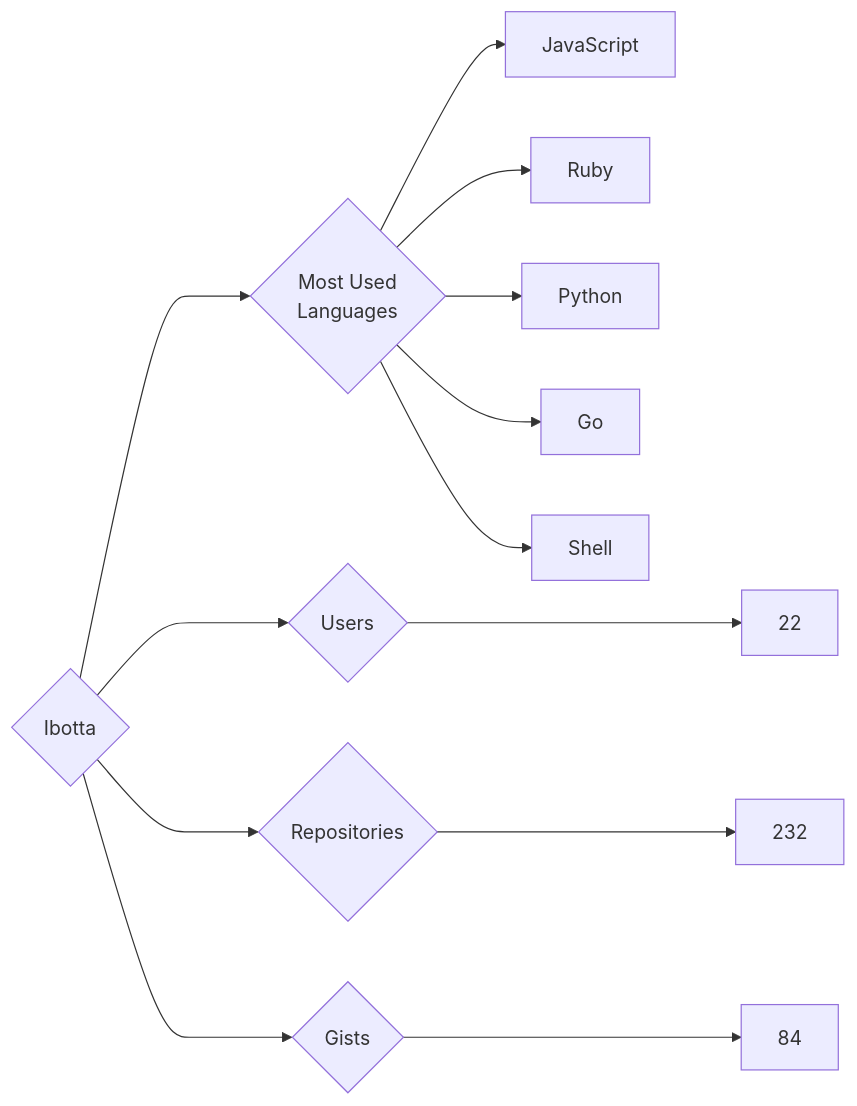
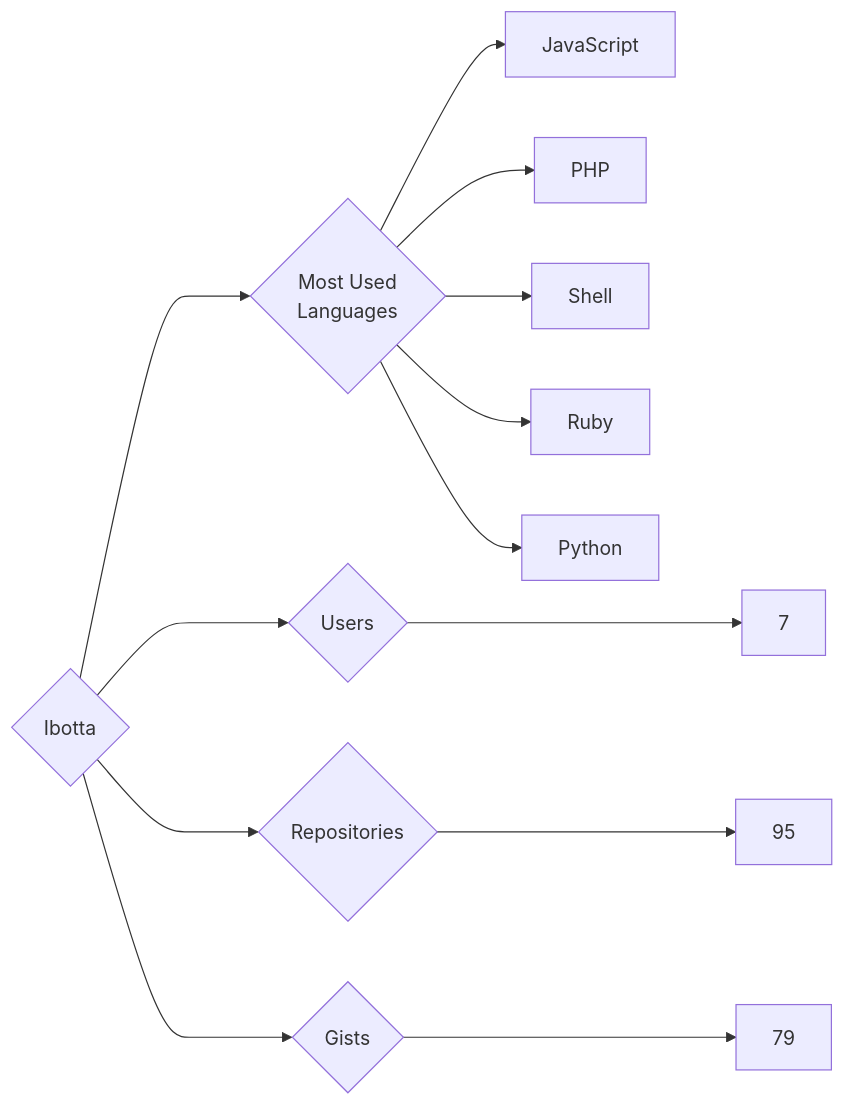
The diagram in targets/Ibotta/README.md (trickest/insiders), drawn with Mermaid before and after one commit. The commit also changed 777 other files, not shown here.

````diff
--- a/targets/Ibotta/README.md
+++ b/targets/Ibotta/README.md
@@ -3,13 +3,13 @@
 ```mermaid
 graph LR
 COMPANY_NAME{Ibotta}
-COMPANY_NAME ---> U{Users} ---> UN[22]
-COMPANY_NAME ---> R{Repositories} ---> RN[232]
-COMPANY_NAME ---> G{Gists} ---> GN[84]
+COMPANY_NAME ---> U{Users} ---> UN[7]
+COMPANY_NAME ---> R{Repositories} ---> RN[95]
+COMPANY_NAME ---> G{Gists} ---> GN[79]
 COMPANY_NAME ---> ML{Most Used<br>Languages}
 ML --> JavaScript[JavaScript]
+ML --> PHP[PHP]
+ML --> Shell[Shell]
 ML --> Ruby[Ruby]
 ML --> Python[Python]
-ML --> Go[Go]
-ML --> Shell[Shell]
 ```
````
